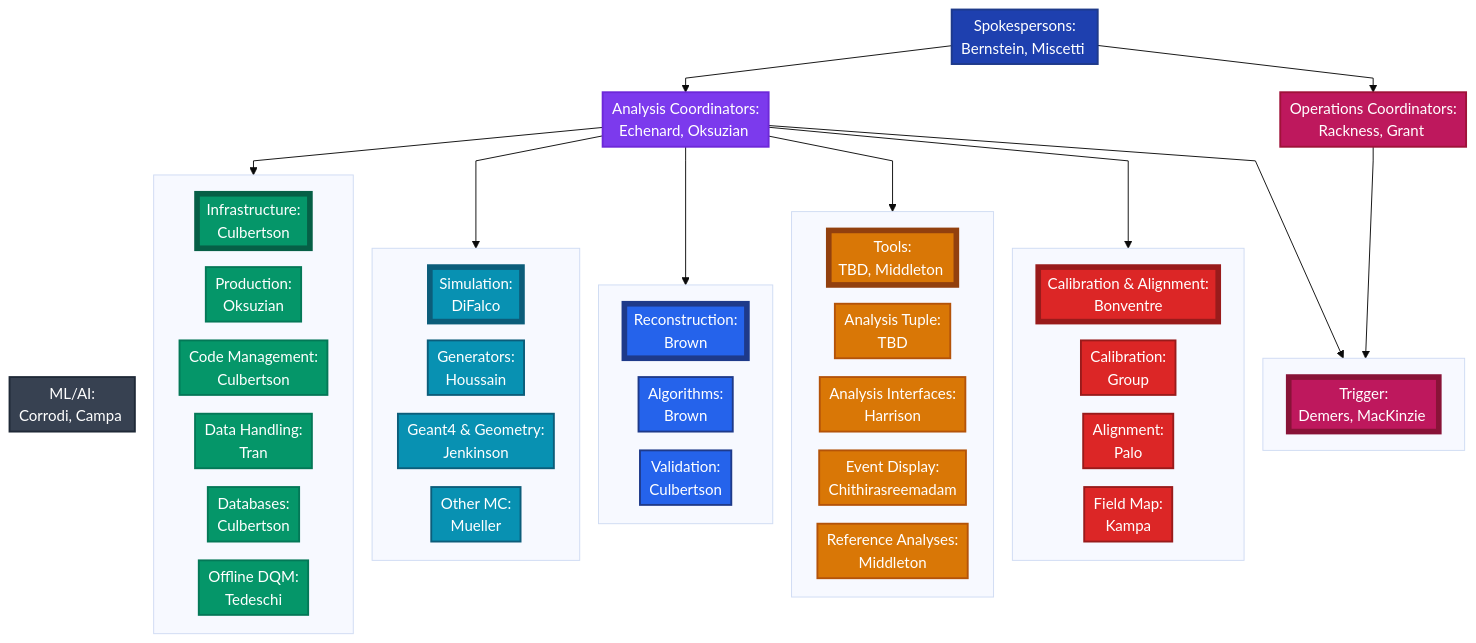
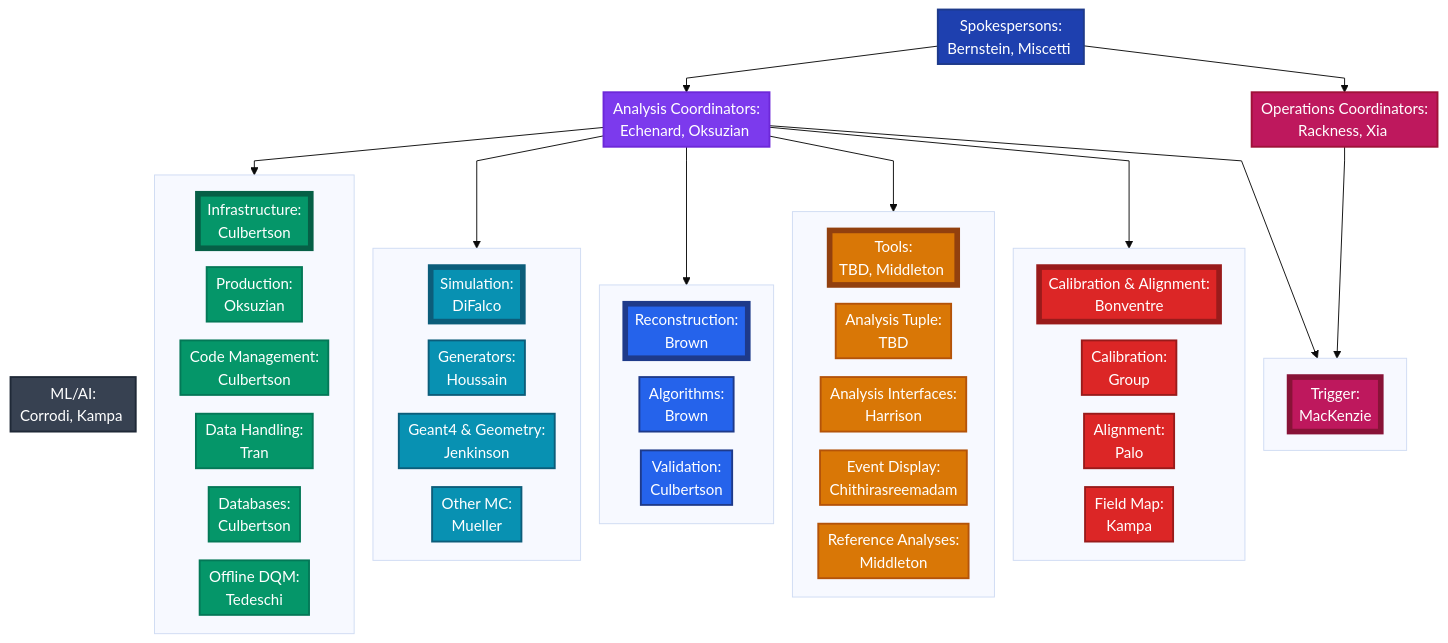
Before and after one commit to Mu2e/prodtools: the diagram in docs/Mu2e_Analysis_Computing_Organization_2025-12_diagram.md, drawn with Mermaid. The commit also changed other lines of this file, not shown here.

First line of the commit message:
docs(org): correct trigger lead, ops deputy and Kampa spelling

```diff
--- a/docs/Mu2e_Analysis_Computing_Organization_2025-12_diagram.md
+++ b/docs/Mu2e_Analysis_Computing_Organization_2025-12_diagram.md
@@ -30,9 +41,9 @@
     AC --> TOOLSGROUP
     AC --> CALGROUP
     AC --> TRIGGROUP
-    SPK --> OC[Operations Coordinators:<br/>Rackness, Grant&nbsp;]
+    SPK --> OC[Operations Coordinators:<br/>Rackness, Xia&nbsp;]
     OC --> TRIGGROUP
-    AC -.-> ML[ML/AI:<br/>Corrodi, Campa&nbsp;]
+    AC -.-> ML[ML/AI:<br/>Corrodi, Kampa&nbsp;]
     
     subgraph INFGROUP[" "]
         INF[Infrastructure:<br/>Culbertson]
@@ -72,7 +83,7 @@
     end
     
     subgraph TRIGGROUP[" "]
-        TRIG[Trigger:<br/>Demers, MacKinzie&nbsp;]
+        TRIG[Trigger:<br/>MacKenzie]
     end
     linkStyle 9 stroke:none,stroke-width:0
     
```
